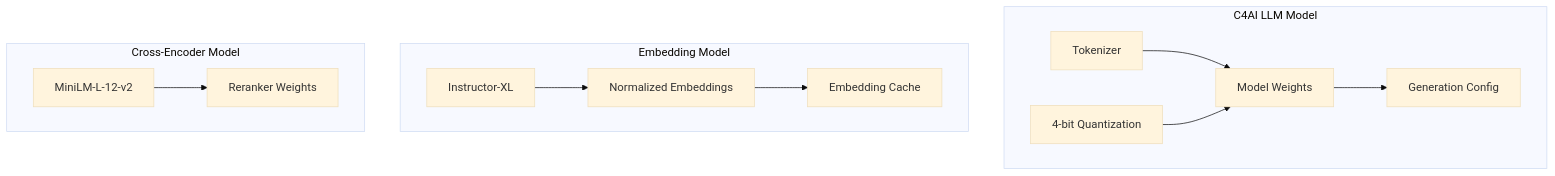
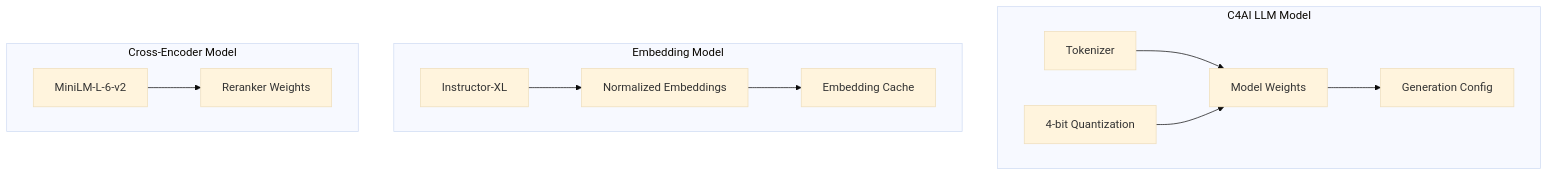
One commit to yazeedmshayekh2/Prometheus changed the eighth of 8 diagrams in docs/technical_architecture.md. Above: the diagram before and after it, drawn with Mermaid (base theme). The commit also changed 4 other files, not shown here.

````diff
--- a/docs/technical_architecture.md
+++ b/docs/technical_architecture.md
@@ -322,29 +322,29 @@
 ```mermaid
 graph TD
     subgraph "C4AI LLM Model"
         Tokenizer[Tokenizer]
         ModelWeights[Model Weights]
         QuantizationConfig[4-bit Quantization]
         GenerationConfig[Generation Config]
     end
     
     subgraph "Embedding Model"
         InstructorXL[Instructor-XL]
         EmbeddingCache[Embedding Cache]
         NormalizedEmbeddings[Normalized Embeddings]
     end
     
     subgraph "Cross-Encoder Model"
-        MiniLM[MiniLM-L-12-v2]
+        MiniLM[MiniLM-L-6-v2]
         RerankerWeights[Reranker Weights]
     end
     
     Tokenizer --> ModelWeights
     QuantizationConfig --> ModelWeights
     ModelWeights --> GenerationConfig
     
     InstructorXL --> NormalizedEmbeddings
     NormalizedEmbeddings --> EmbeddingCache
     
     MiniLM --> RerankerWeights
 ```
````
